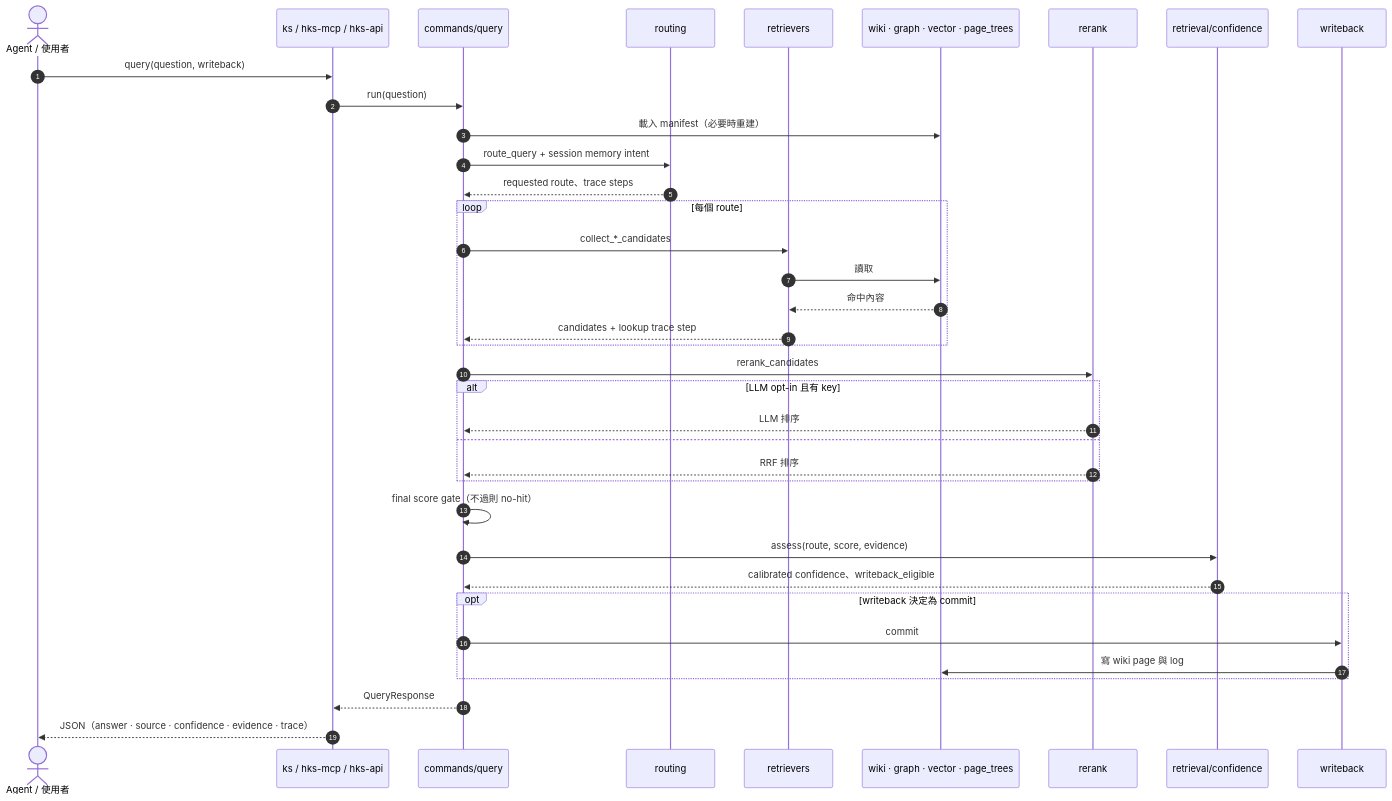
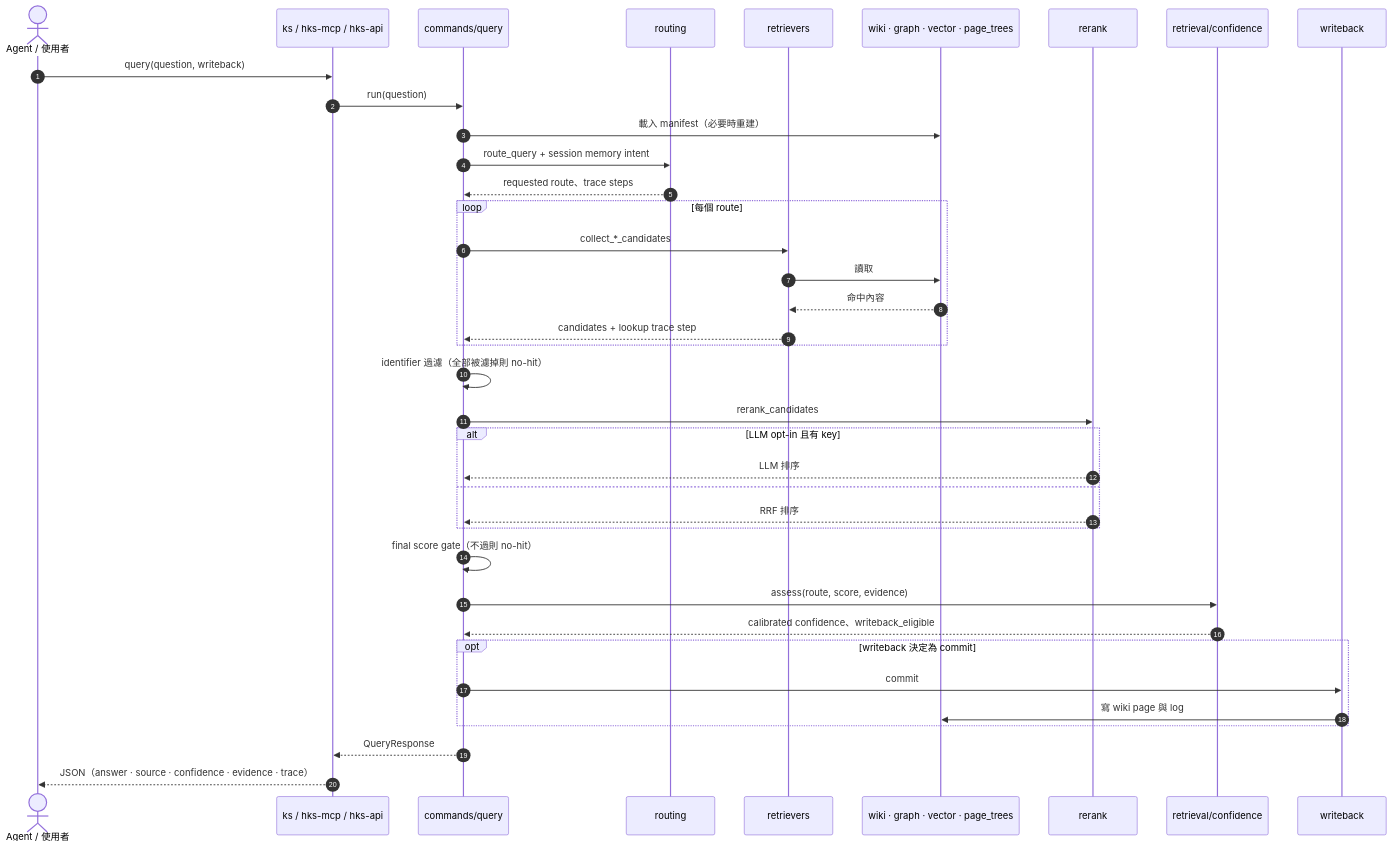
Before and after one commit to WaynezProg/Hybrid-Knowledge-System: the fourth of 6 diagrams in docs/architecture.md, drawn with Mermaid. The commit also changed other lines of this file and 2 other files, not shown here.

First line of the commit message:
docs: 記錄 identifier 過濾與預設 embedding model 的前後比較

````diff
--- a/docs/architecture.md
+++ b/docs/architecture.md
@@ -156,40 +159,41 @@
 ```mermaid
 sequenceDiagram
     autonumber
     actor A as Agent / 使用者
     participant E as ks / hks-mcp / hks-api
     participant Q as commands/query
     participant R as routing
     participant T as retrievers
     participant S as wiki · graph · vector · page_trees
     participant K as rerank
     participant C as retrieval/confidence
     participant W as writeback
 
     A->>E: query(question, writeback)
     E->>Q: run(question)
     Q->>S: 載入 manifest（必要時重建）
     Q->>R: route_query + session memory intent
     R-->>Q: requested route、trace steps
     loop 每個 route
         Q->>T: collect_*_candidates
         T->>S: 讀取
         S-->>T: 命中內容
         T-->>Q: candidates + lookup trace step
     end
+    Q->>Q: identifier 過濾（全部被濾掉則 no-hit）
     Q->>K: rerank_candidates
     alt LLM opt-in 且有 key
         K-->>Q: LLM 排序
     else
         K-->>Q: RRF 排序
     end
     Q->>Q: final score gate（不過則 no-hit）
     Q->>C: assess(route, score, evidence)
     C-->>Q: calibrated confidence、writeback_eligible
     opt writeback 決定為 commit
         Q->>W: commit
         W->>S: 寫 wiki page 與 log
     end
     Q-->>E: QueryResponse
     E-->>A: JSON（answer · source · confidence · evidence · trace）
 ```
````
